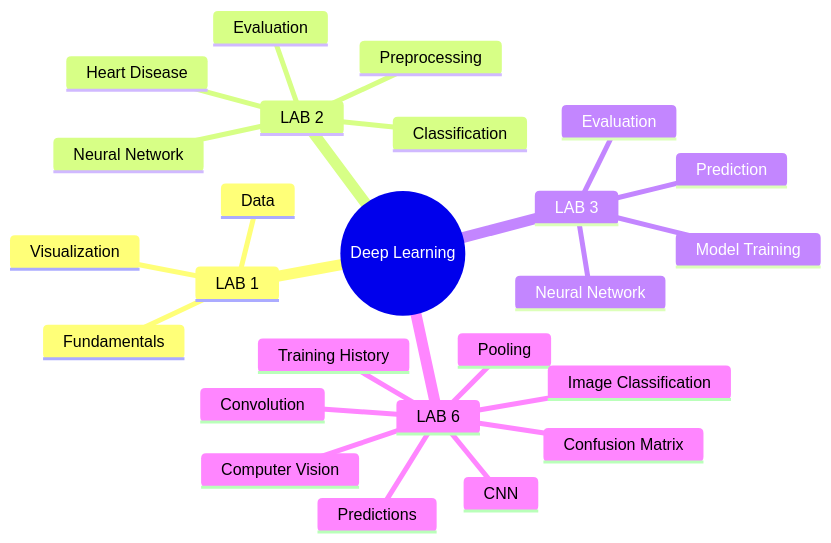
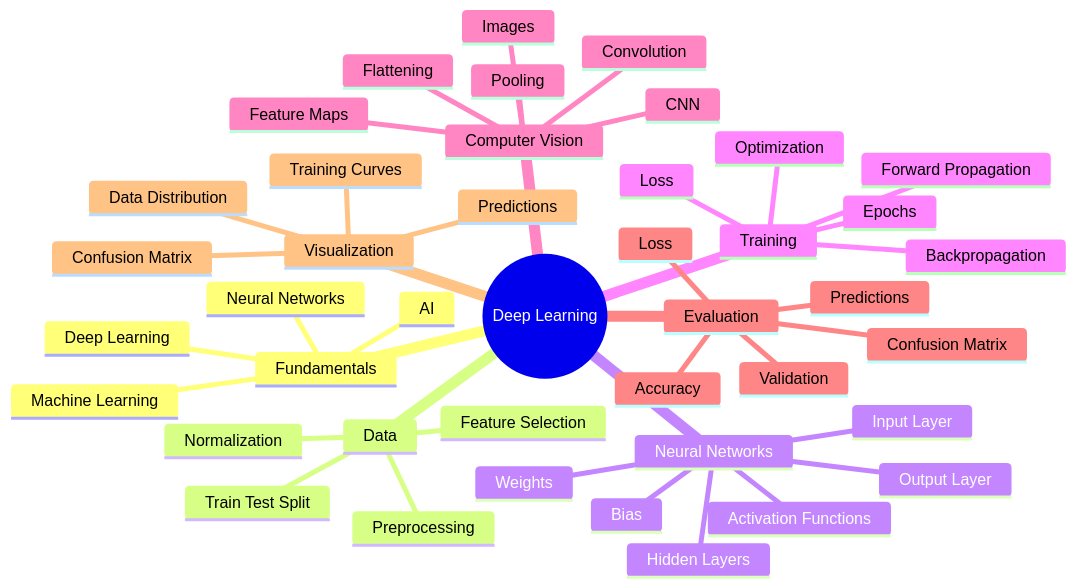
The ninth of 9 diagrams in README.md (rushirathod22/Deep_Learning_Assignment), drawn with Mermaid before and after one commit. The commit also changed other lines of this file, not shown here.

````diff
--- a/README.md
+++ b/README.md
@@ -577,28 +489,45 @@
 ```mermaid
 mindmap
   root((Deep Learning))
-    LAB 1
-      Fundamentals
-      Data
-      Visualization
-    LAB 2
-      Heart Disease
+    Fundamentals
+      AI
+      Machine Learning
+      Deep Learning
+      Neural Networks
+    Data
       Preprocessing
-      Classification
-      Neural Network
-      Evaluation
-    LAB 3
-      Neural Network
-      Model Training
-      Prediction
-      Evaluation
-    LAB 6
-      Computer Vision
+      Feature Selection
+      Normalization
+      Train Test Split
+    Neural Networks
+      Input Layer
+      Hidden Layers
+      Output Layer
+      Weights
+      Bias
+      Activation Functions
+    Training
+      Forward Propagation
+      Loss
+      Backpropagation
+      Optimization
+      Epochs
+    Computer Vision
+      Images
+      Convolution
+      Feature Maps
+      Pooling
+      Flattening
       CNN
-      Convolution
-      Pooling
-      Image Classification
-      Training History
+    Evaluation
+      Accuracy
+      Loss
+      Predictions
       Confusion Matrix
+      Validation
+    Visualization
+      Data Distribution
+      Training Curves
       Predictions
+      Confusion Matrix
 ```
````
